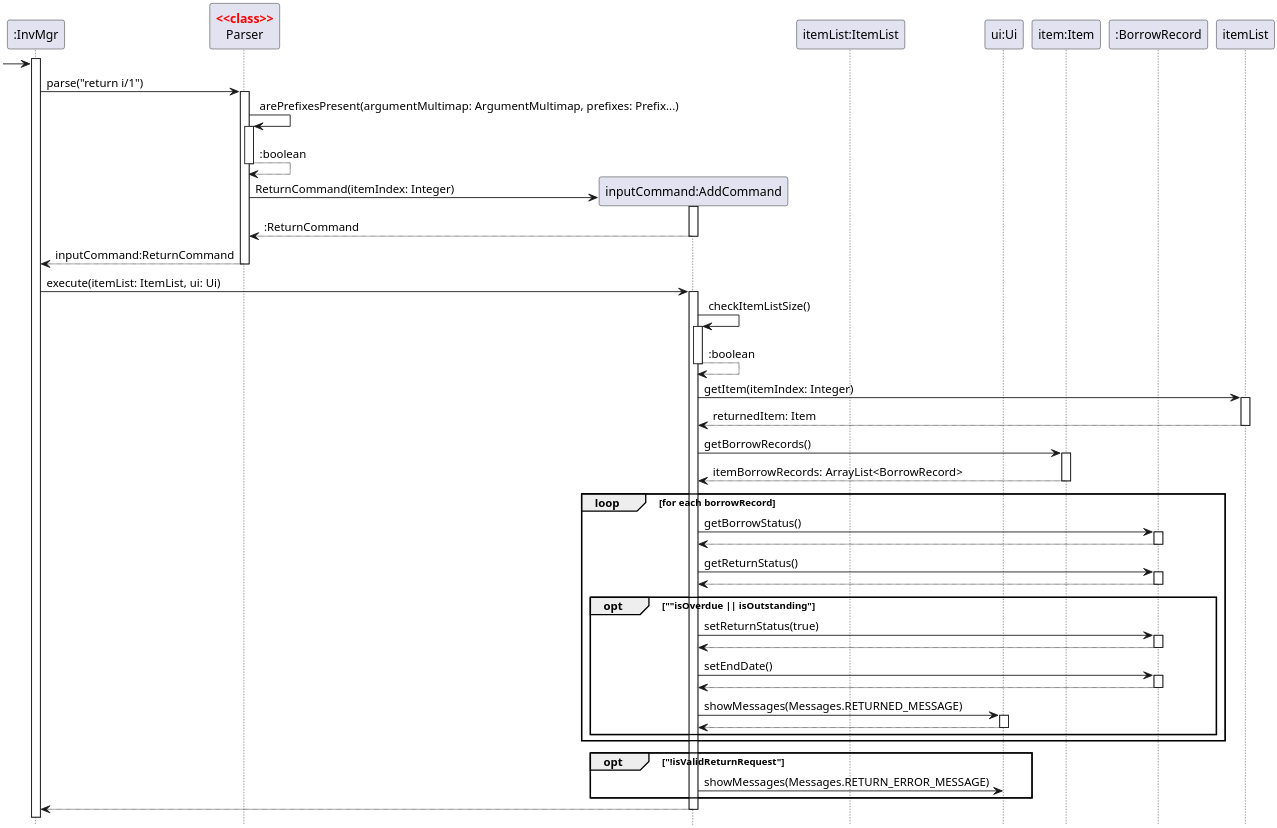
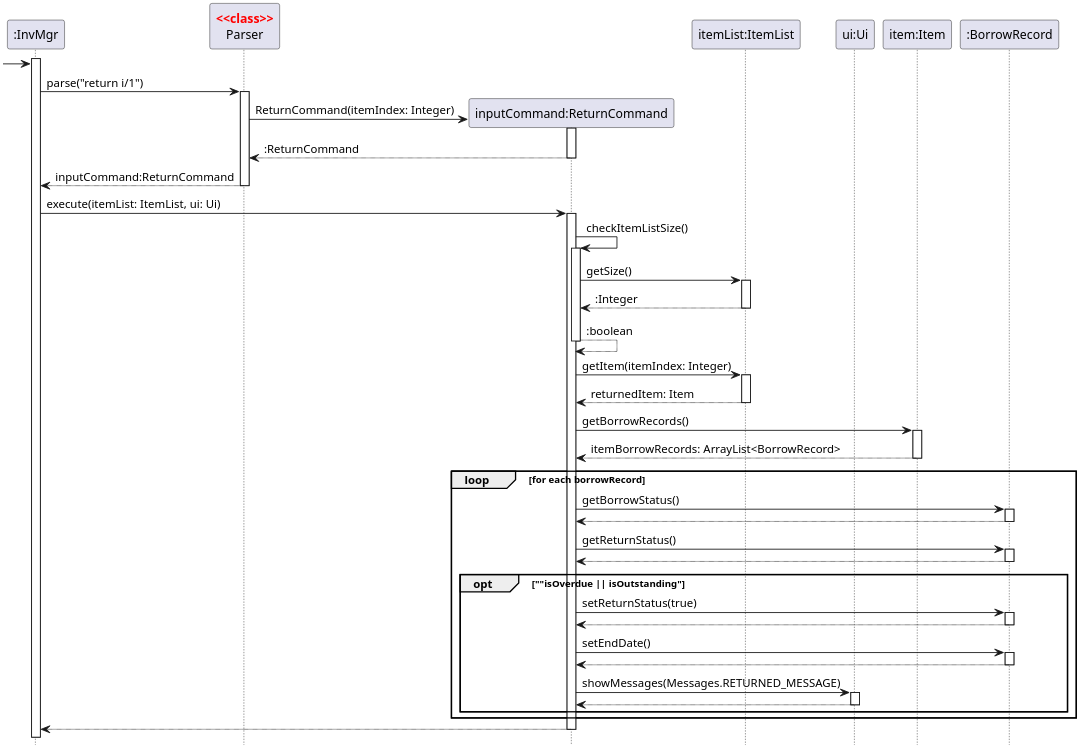
One commit to nus-cs2113-AY2122S2/tp changed the diagram in docs/diagrams/ReturnCommandSequenceDiagram.puml. Above: the diagram before and after it, drawn with PlantUML. The commit also changed 5 other files, not shown here.

Commit message:
Updates DG with information on HelpCommand implementation and also modifies LostCommand and ReturnCommand implementation descriptions

```diff
--- a/docs/diagrams/ReturnCommandSequenceDiagram.puml
+++ b/docs/diagrams/ReturnCommandSequenceDiagram.puml
@@ -1,76 +1,70 @@
 @startuml
 'https://plantuml.com/sequence-diagram
 hide footbox
 
 skinparam dpi 300
 skinparam guillemet false
 skinparam sequenceStereotypeFontColor red
 skinparam sequenceStereotypeFontStyle bold
 
 Participant ":InvMgr" as invmgr
 Participant "Parser" as parser <<class>>
-Participant "inputCommand:AddCommand" as cmd
-Participant "itemList:ItemList" as itemlist
+Participant "inputCommand:ReturnCommand" as cmd
+Participant "itemList:ItemList" as list
 Participant "ui:Ui" as ui
 Participant "item:Item" as item
 Participant ":BorrowRecord" as borrowRecord
 
 activate invmgr
 
 -> invmgr
 invmgr -> parser:parse("return i/1")
 activate parser
-
-parser -> parser:arePrefixesPresent(argumentMultimap: ArgumentMultimap, prefixes: Prefix...)
-activate parser
-return :boolean
 
 create cmd
 parser -> cmd:ReturnCommand(itemIndex: Integer)
 activate cmd
 return :ReturnCommand
 
 return inputCommand:ReturnCommand
 
 invmgr -> cmd:execute(itemList: ItemList, ui: Ui)
 activate cmd
 
 cmd -> cmd:checkItemListSize()
 activate cmd
+cmd -> list: getSize()
+activate list
+return :Integer
 return :boolean
 
-cmd -> itemList: getItem(itemIndex: Integer)
-activate itemList
+cmd -> list: getItem(itemIndex: Integer)
+activate list
 return returnedItem: Item
 
 cmd -> item: getBorrowRecords()
 activate item
 return itemBorrowRecords: ArrayList<BorrowRecord>
 
 loop for each borrowRecord
 cmd -> borrowRecord: getBorrowStatus()
 activate borrowRecord
 return
 cmd -> borrowRecord: getReturnStatus()
 activate borrowRecord
 return
 opt ""isOverdue || isOutstanding"
 cmd -> borrowRecord: setReturnStatus(true)
 activate borrowRecord
 return
 cmd -> borrowRecord: setEndDate()
 activate borrowRecord
 return
 cmd -> ui: showMessages(Messages.RETURNED_MESSAGE)
 activate ui
 return
 end
 end
-opt "!isValidReturnRequest"
-cmd -> ui: showMessages(Messages.RETURN_ERROR_MESSAGE)
-end
-
-
 
 return
 @enduml
```
